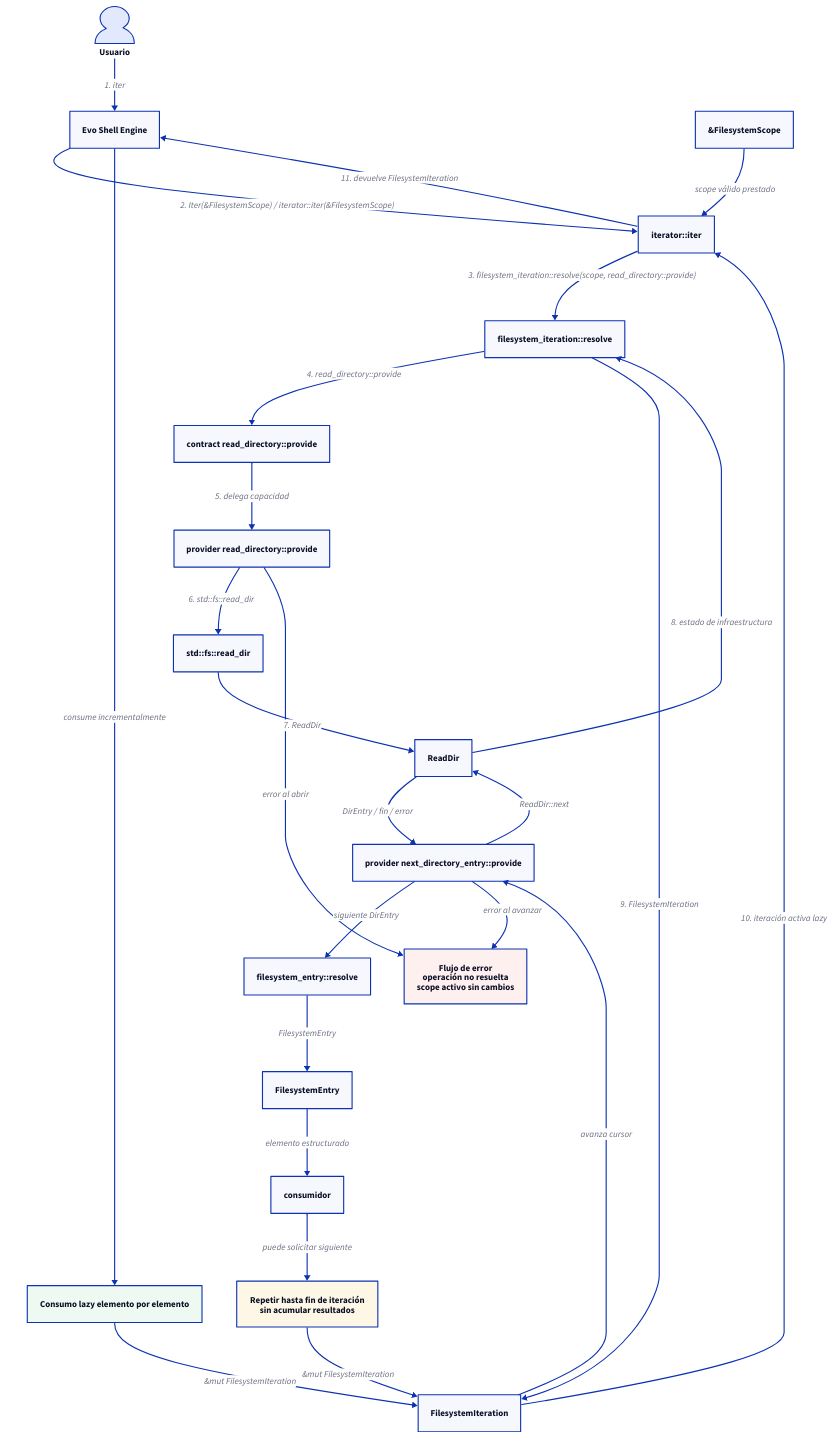
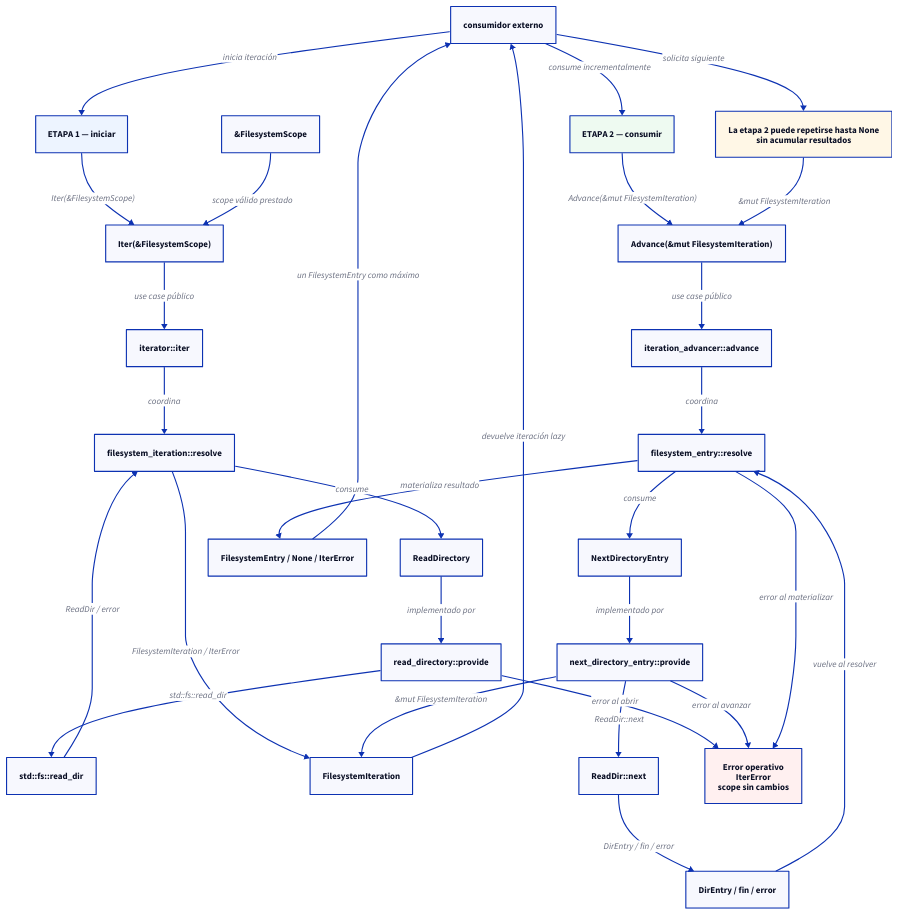
Before and after one commit to niqel/evolution: the diagram in evo-shell-engine/technical_documentation/use_cases/UC-002-iterate-filesystem-scope/sequence.d2, drawn with D2. The commit also changed 4 other files, not shown here.

Commit message:
docs: define iteration advance use case

```diff
--- a/evo-shell-engine/technical_documentation/use_cases/UC-002-iterate-filesystem-scope/sequence.d2
+++ b/evo-shell-engine/technical_documentation/use_cases/UC-002-iterate-filesystem-scope/sequence.d2
@@ -1,100 +1,121 @@
 direction: down
 
-usuario: "Usuario" {
-  shape: person
-}
-
-evo_shell_engine: "Evo Shell Engine" {
-  shape: rectangle
-}
-
-agent: "iterator::iter" {
+consumer: "consumidor externo" {
   shape: rectangle
 }
 
 scope: "&FilesystemScope" {
   shape: rectangle
 }
 
+iter_use_case: "Iter(&FilesystemScope)" {
+  shape: rectangle
+}
+
+iterator_agent: "iterator::iter" {
+  shape: rectangle
+}
+
 iteration_resolver: "filesystem_iteration::resolve" {
   shape: rectangle
 }
 
-read_directory_contract: "contract read_directory::provide" {
+read_directory_contract: "ReadDirectory" {
   shape: rectangle
 }
 
-read_directory_provider: "provider read_directory::provide" {
+read_directory_provider: "read_directory::provide" {
   shape: rectangle
 }
 
 std_read_dir: "std::fs::read_dir" {
   shape: rectangle
 }
 
-read_dir: "ReadDir" {
-  shape: rectangle
-}
-
 iteration: "FilesystemIteration" {
   shape: rectangle
 }
 
-next_provider: "provider next_directory_entry::provide" {
+advance_use_case: "Advance(&mut FilesystemIteration)" {
+  shape: rectangle
+}
+
+advancer_agent: "iteration_advancer::advance" {
   shape: rectangle
 }
 
 entry_resolver: "filesystem_entry::resolve" {
   shape: rectangle
 }
 
-entry: "FilesystemEntry" {
+next_contract: "NextDirectoryEntry" {
   shape: rectangle
 }
 
-consumer: "consumidor" {
+next_provider: "next_directory_entry::provide" {
   shape: rectangle
 }
 
-usuario -> evo_shell_engine: "1. iter"
-evo_shell_engine -> agent: "2. Iter(&FilesystemScope) / iterator::iter(&FilesystemScope)"
-scope -> agent: "scope válido prestado"
-agent -> iteration_resolver: "3. filesystem_iteration::resolve(scope, read_directory::provide)"
-iteration_resolver -> read_directory_contract: "4. read_directory::provide"
-read_directory_contract -> read_directory_provider: "5. delega capacidad"
-read_directory_provider -> std_read_dir: "6. std::fs::read_dir"
-std_read_dir -> read_dir: "7. ReadDir"
-read_dir -> iteration_resolver: "8. estado de infraestructura"
-iteration_resolver -> iteration: "9. FilesystemIteration"
-iteration -> agent: "10. iteración activa lazy"
-agent -> evo_shell_engine: "11. devuelve FilesystemIteration"
+read_dir_next: "ReadDir::next" {
+  shape: rectangle
+}
 
-lazy_flow: "Consumo lazy elemento por elemento" {
+dir_entry: "DirEntry / fin / error" {
+  shape: rectangle
+}
+
+entry: "FilesystemEntry / None / IterError" {
+  shape: rectangle
+}
+
+stage_1: "ETAPA 1 — iniciar" {
+  shape: rectangle
+  style.fill: "#edf4ff"
+}
+
+stage_2: "ETAPA 2 — consumir" {
   shape: rectangle
   style.fill: "#eefaf1"
 }
 
-evo_shell_engine -> lazy_flow: "consume incrementalmente"
-lazy_flow -> iteration: "&mut FilesystemIteration"
-iteration -> next_provider: "avanza cursor"
-next_provider -> read_dir: "ReadDir::next"
-read_dir -> next_provider: "DirEntry / fin / error"
-next_provider -> entry_resolver: "siguiente DirEntry"
-entry_resolver -> entry: "FilesystemEntry"
-entry -> consumer: "elemento estructurado"
+consumer -> stage_1: "inicia iteración"
+stage_1 -> iter_use_case: "Iter(&FilesystemScope)"
+scope -> iter_use_case: "scope válido prestado"
+iter_use_case -> iterator_agent: "use case público"
+iterator_agent -> iteration_resolver: "coordina"
+iteration_resolver -> read_directory_contract: "consume"
+read_directory_contract -> read_directory_provider: "implementado por"
+read_directory_provider -> std_read_dir: "std::fs::read_dir"
+std_read_dir -> iteration_resolver: "ReadDir / error"
+iteration_resolver -> iteration: "FilesystemIteration / IterError"
+iteration -> consumer: "devuelve iteración lazy"
 
-repeat: "Repetir hasta fin de iteración\nsin acumular resultados" {
+consumer -> stage_2: "consume incrementalmente"
+stage_2 -> advance_use_case: "Advance(&mut FilesystemIteration)"
+advance_use_case -> advancer_agent: "use case público"
+advancer_agent -> entry_resolver: "coordina"
+entry_resolver -> next_contract: "consume"
+next_contract -> next_provider: "implementado por"
+next_provider -> iteration: "&mut FilesystemIteration"
+next_provider -> read_dir_next: "ReadDir::next"
+read_dir_next -> dir_entry: "DirEntry / fin / error"
+dir_entry -> entry_resolver: "vuelve al resolver"
+entry_resolver -> entry: "materializa resultado"
+entry -> consumer: "un FilesystemEntry como máximo"
+
+repeat: "La etapa 2 puede repetirse hasta None\nsin acumular resultados" {
   shape: rectangle
   style.fill: "#fff7e6"
 }
 
-consumer -> repeat: "puede solicitar siguiente"
-repeat -> iteration: "&mut FilesystemIteration"
+consumer -> repeat: "solicita siguiente"
+repeat -> advance_use_case: "&mut FilesystemIteration"
 
-error_flow: "Flujo de error\noperación no resuelta\nscope activo sin cambios" {
+error_flow: "Error operativo\nIterError\nscope sin cambios" {
   shape: rectangle
   style.fill: "#fff0f0"
 }
 
 read_directory_provider -> error_flow: "error al abrir"
 next_provider -> error_flow: "error al avanzar"
+entry_resolver -> error_flow: "error al materializar"
```
